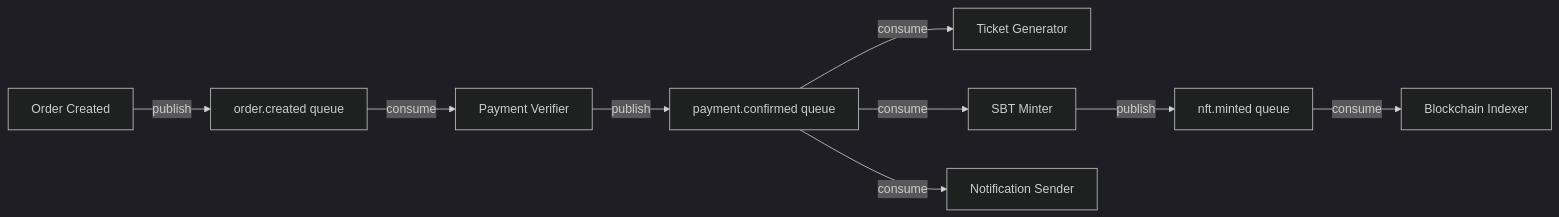
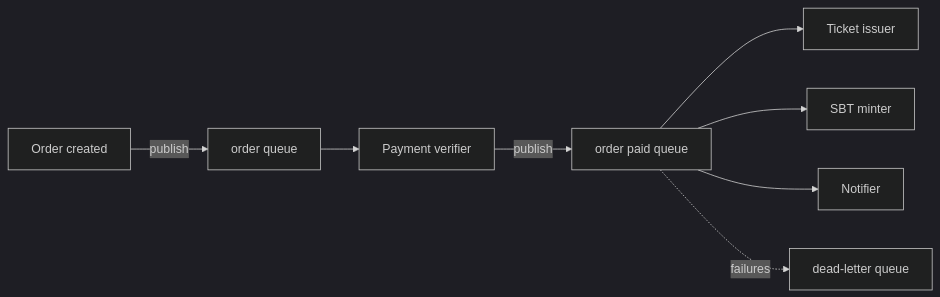
The fourth of 4 diagrams in knowledge_base/architecture_blueprint.md (ExecutESG/onton), drawn with Mermaid (dark theme) before and after one commit. The commit also changed other lines of this file and 41 other files, not shown here.

````diff
--- a/knowledge_base/architecture_blueprint.md
+++ b/knowledge_base/architecture_blueprint.md
@@ -426,11 +252,10 @@
 ```mermaid
 flowchart LR
-    A[Order Created] -->|publish| Q1[order.created queue]
-    Q1 -->|consume| B[Payment Verifier]
-    B -->|publish| Q2[payment.confirmed queue]
-    Q2 -->|consume| C[Ticket Generator]
-    Q2 -->|consume| D[SBT Minter]
-    Q2 -->|consume| E[Notification Sender]
-    D -->|publish| Q3[nft.minted queue]
-    Q3 -->|consume| F[Blockchain Indexer]
+    A["Order created"] -->|publish| Q1["order queue"]
+    Q1 --> B["Payment verifier"]
+    B -->|publish| Q2["order paid queue"]
+    Q2 --> C["Ticket issuer"]
+    Q2 --> D["SBT minter"]
+    Q2 --> E["Notifier"]
+    Q2 -.->|failures| DLQ["dead-letter queue"]
 ```
````
